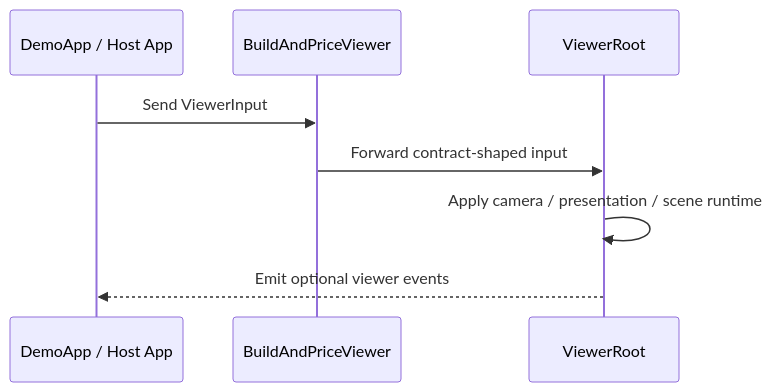
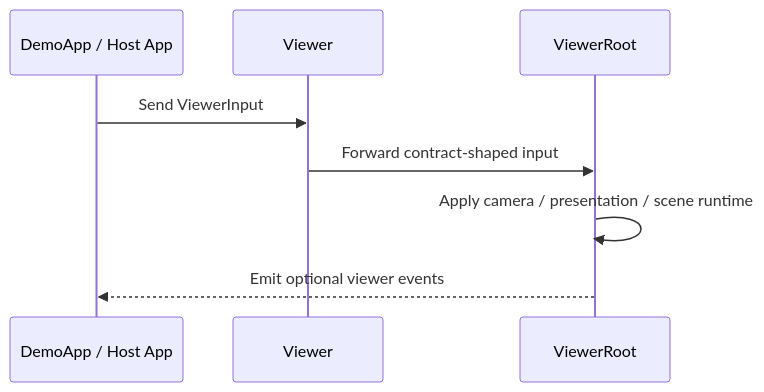
One commit to EBjornson/viewer-docs changed the second of 5 diagrams in docs/architecture.md. Above: the diagram before and after it, drawn with Mermaid. The commit also changed other lines of this file and 8 other files, not shown here.

````diff
--- a/docs/architecture.md
+++ b/docs/architecture.md
@@ -305,11 +305,11 @@
 ```mermaid
 sequenceDiagram
     participant App as DemoApp / Host App
-    participant Viewer as BuildAndPriceViewer
+    participant Viewer
     participant Root as ViewerRoot
 
     App->>Viewer: Send ViewerInput
     Viewer->>Root: Forward contract-shaped input
     Root->>Root: Apply camera / presentation / scene runtime
     Root-->>App: Emit optional viewer events
 ```
````
